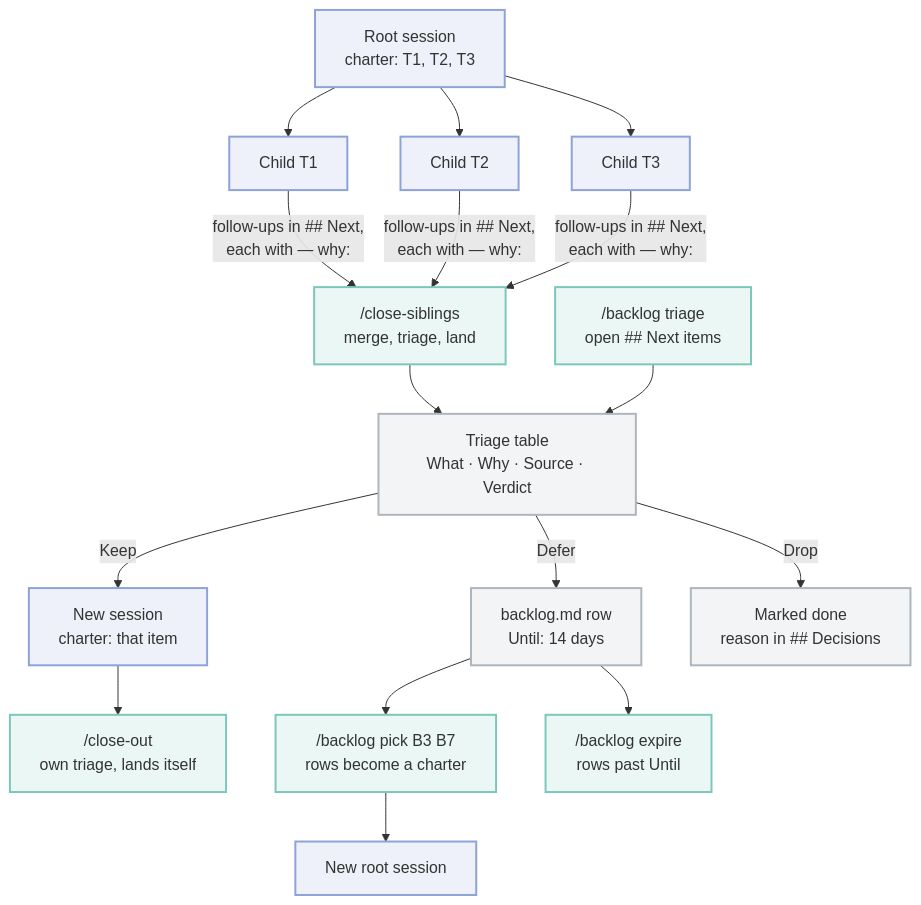
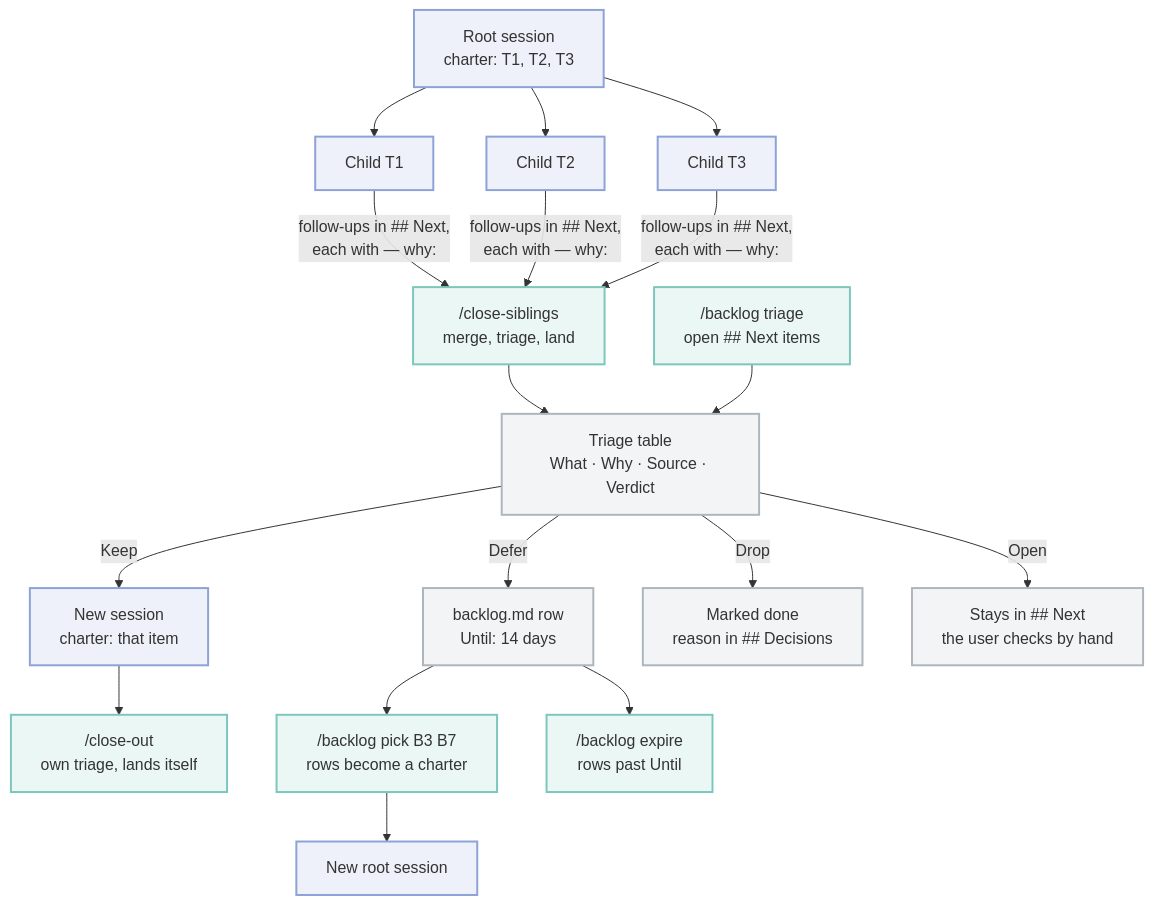
One commit to 3meyc/agent-kit changed the diagram in plugins/session/README.md. Above: the diagram before and after it, drawn with Mermaid. The commit also changed other lines of this file and 16 other files, not shown here.

First line of the commit message:
docs: colour every diagram, start the evolution pages, retire the design banner

````diff
--- a/plugins/session/README.md
+++ b/plugins/session/README.md
@@ -55,20 +55,21 @@
 ```mermaid
 flowchart TD
   R["Root session<br/>charter: T1, T2, T3"] --> C1["Child T1"] & C2["Child T2"] & C3["Child T3"]
   C1 & C2 & C3 -- "follow-ups in ## Next,<br/>each with — why:" --> CS["/close-siblings<br/>merge, triage, land"]
   CS --> T["Triage table<br/>What · Why · Source · Verdict"]
   I["/backlog triage<br/>open ## Next items"] --> T
   T -- "Keep" --> K["New session<br/>charter: that item"]
   T -- "Defer" --> B["backlog.md row<br/>Until: 14 days"]
   T -- "Drop" --> D["Marked done<br/>reason in ## Decisions"]
+  T -- "Open" --> O["Stays in ## Next<br/>the user checks by hand"]
   K --> CO["/close-out<br/>own triage, lands itself"]
   B --> P["/backlog pick B3 B7<br/>rows become a charter"]
   B --> E["/backlog expire<br/>rows past Until"]
   P --> R2["New root session"]
   classDef session fill:#8da2d626,stroke:#8da2d6,stroke-width:2px
   classDef command fill:#7cc7bd26,stroke:#7cc7bd,stroke-width:2px
   classDef record fill:#adb5bd26,stroke:#adb5bd,stroke-width:2px
   class R,C1,C2,C3,K,R2 session
   class CS,I,CO,P,E command
-  class T,B,D record
+  class T,B,D,O record
 ```
````
